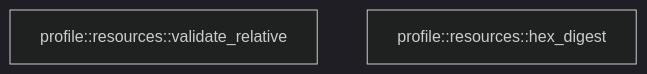
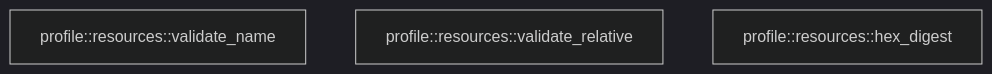
The second of 2 diagrams in crates/profile/docs/generated/src--resources.md (TekesApps/TekesKernel), drawn with Mermaid (dark theme) before and after one commit. The commit also changed other lines of this file and 147 other files, not shown here.

````diff
--- a/crates/profile/docs/generated/src--resources.md
+++ b/crates/profile/docs/generated/src--resources.md
@@ -136,5 +143,6 @@
 ```mermaid
 flowchart TD
-  n0["profile::resources::validate_relative"]
-  n1["profile::resources::hex_digest"]
+  n0["profile::resources::validate_name"]
+  n1["profile::resources::validate_relative"]
+  n2["profile::resources::hex_digest"]
 ```
````
